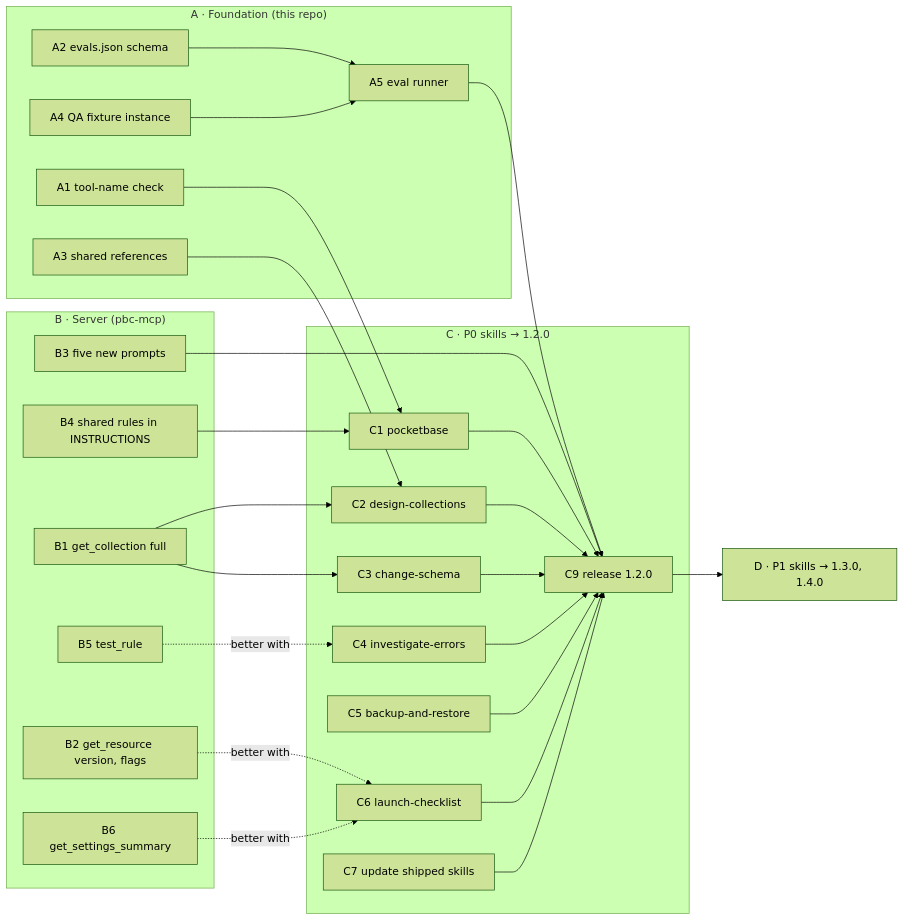
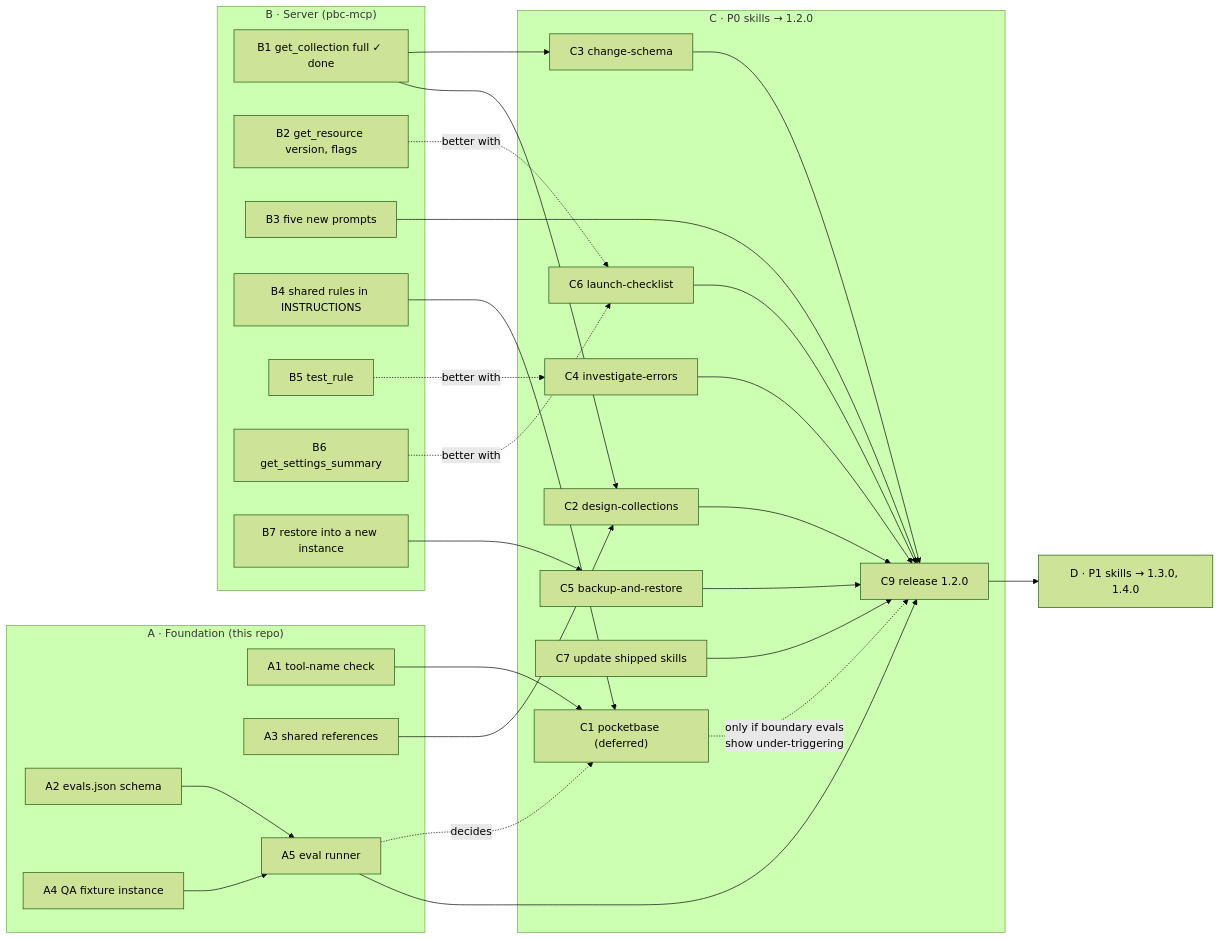
One commit to pocketbasecloud/mcp changed the diagram in docs/skill-design/implementation.md. Above: the diagram before and after it, drawn with Mermaid (forest theme). The commit also changed other lines of this file and 4 other files, not shown here.

````diff
--- a/docs/skill-design/implementation.md
+++ b/docs/skill-design/implementation.md
@@ -12,44 +14,48 @@
 ```mermaid
 flowchart LR
   subgraph A["A · Foundation (this repo)"]
     A1["A1 tool-name check"]
     A2["A2 evals.json schema"]
     A3["A3 shared references"]
     A4["A4 QA fixture instance"]
     A5["A5 eval runner"]
   end
   subgraph B["B · Server (pbc-mcp)"]
-    B1["B1 get_collection full"]
+    B1["B1 get_collection full ✓ done"]
     B2["B2 get_resource version, flags"]
     B3["B3 five new prompts"]
     B4["B4 shared rules in INSTRUCTIONS"]
     B5["B5 test_rule"]
     B6["B6 get_settings_summary"]
+    B7["B7 restore into a new instance"]
   end
   subgraph C["C · P0 skills → 1.2.0"]
-    C1["C1 pocketbase"]
+    C1["C1 pocketbase (deferred)"]
     C2["C2 design-collections"]
     C3["C3 change-schema"]
     C4["C4 investigate-errors"]
     C5["C5 backup-and-restore"]
     C6["C6 launch-checklist"]
     C7["C7 update shipped skills"]
     C9["C9 release 1.2.0"]
   end
   D["D · P1 skills → 1.3.0, 1.4.0"]
 
   A1 --> C1
   A2 --> A5
   A4 --> A5
   A5 --> C9
   A3 --> C2
   B1 --> C2
   B1 --> C3
   B4 --> C1
+  A5 -.->|decides| C1
+  B7 --> C5
   B5 -.->|better with| C4
   B2 -.->|better with| C6
   B6 -.->|better with| C6
   B3 --> C9
-  C1 & C2 & C3 & C4 & C5 & C6 & C7 --> C9
+  C2 & C3 & C4 & C5 & C6 & C7 --> C9
+  C1 -.->|only if boundary evals<br/>show under-triggering| C9
   C9 --> D
 ```
````
